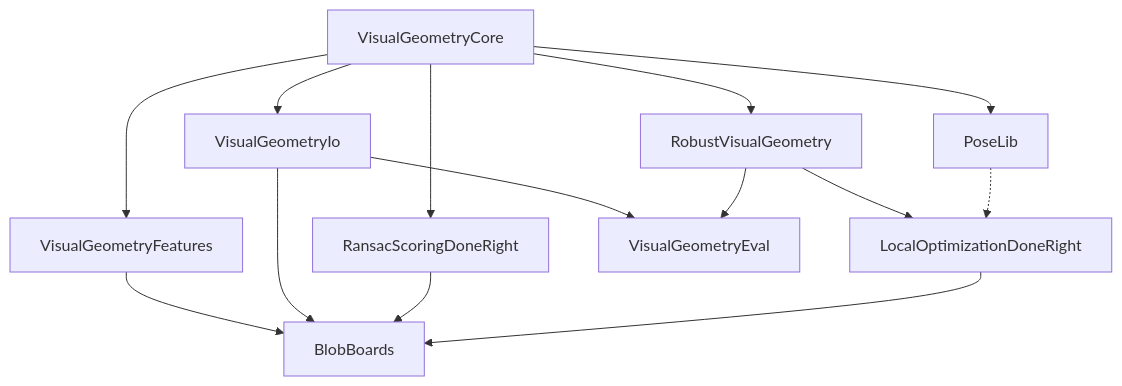
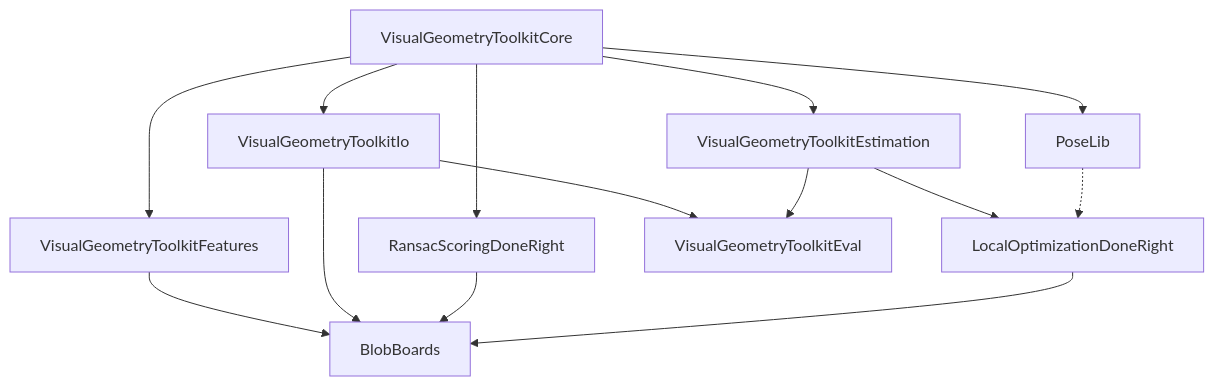
Before and after one commit to VisualGeometryToolkit/VisualGeometryToolkit.jl: the diagram in README.md, drawn with Mermaid. The commit also changed other lines of this file and 1196 other files, not shown here.

First line of the commit message:
Rename the stack packages to the VisualGeometryToolkit prefix

````diff
--- a/README.md
+++ b/README.md
@@ -35,26 +35,26 @@
 ```mermaid
 graph TD
-    VGC["VisualGeometryCore"]
-    VGF["VisualGeometryFeatures"]
-    VGIO["VisualGeometryIo"]
-    RVG["RobustVisualGeometry"]
+    VGC["VisualGeometryToolkitCore"]
+    VGF["VisualGeometryToolkitFeatures"]
+    VGIO["VisualGeometryToolkitIo"]
+    RVG["VisualGeometryToolkitEstimation"]
     PL["PoseLib"]
     RSDR["RansacScoringDoneRight"]
     LODR["LocalOptimizationDoneRight"]
-    VGE["VisualGeometryEval"]
+    VGE["VisualGeometryToolkitEval"]
     BB["BlobBoards"]
 
     VGC --> VGF
     VGC --> VGIO
     VGC --> RVG
     VGC --> PL
     VGC --> RSDR
     VGIO --> VGE
     RVG --> VGE
     RVG --> LODR
     PL -.-> LODR
     VGF --> BB
     VGIO --> BB
     RSDR --> BB
     LODR --> BB
 ```
````
